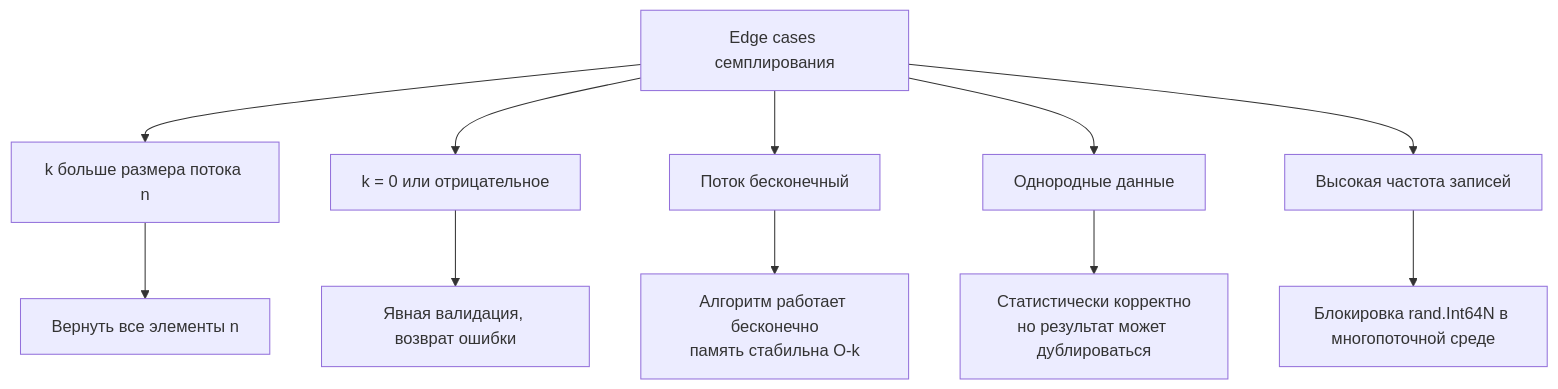
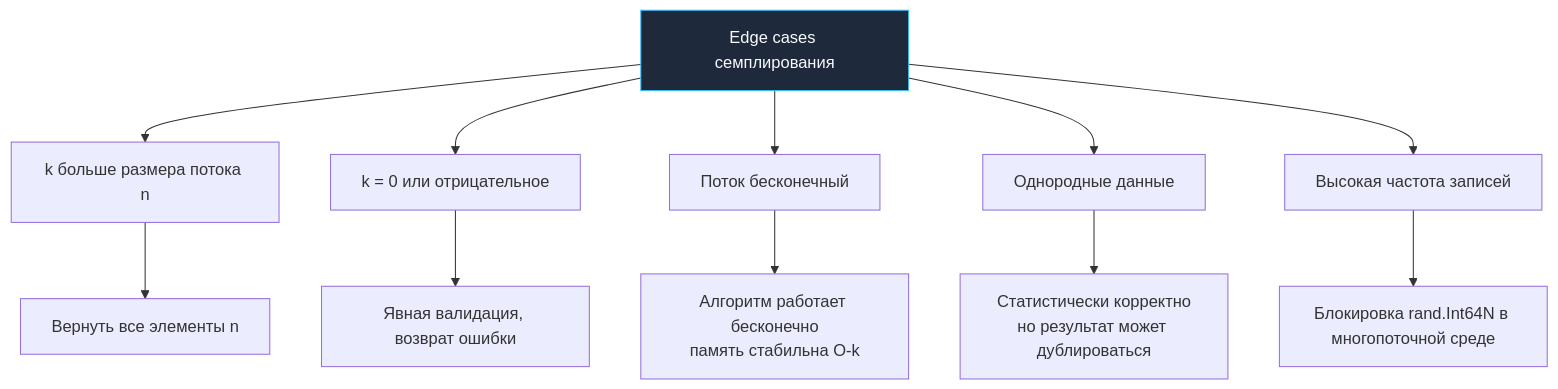
One commit to UnrealTemplier/go-textbook changed the second of 2 diagrams in sources/21. Задачи с LeetCode и собеседований на Go/02. Задачи/27. Рандомизированные алгоритмы/2. Reservoir sampling.md. Above: the diagram before and after it, drawn with Mermaid. The commit also changed other lines of this file and 1666 other files, not shown here.

First line of the commit message:
feat(mermaid): add semantic color classDef to 1369 colorless flowchart/graph diagrams

````diff
--- a/sources/21. Задачи с LeetCode и собеседований на Go/02. Задачи/27. Рандомизированные алгоритмы/2. Reservoir sampling.md
+++ b/sources/21. Задачи с LeetCode и собеседований на Go/02. Задачи/27. Рандомизированные алгоритмы/2. Reservoir sampling.md
@@ -140,14 +150,24 @@
 ```mermaid
 flowchart TD
-  A["Edge cases семплирования"] --> B["k больше размера потока n"]
+    classDef process  fill:#1e293b,stroke:#38bdf8,stroke-width:1px,color:#f8fafc
+    classDef success  fill:#064e3b,stroke:#34d399,stroke-width:1px,color:#f8fafc
+    classDef error    fill:#7f1d1d,stroke:#f87171,stroke-width:1px,color:#f8fafc
+    classDef warning  fill:#78350f,stroke:#fbbf24,stroke-width:1px,color:#f8fafc
+    classDef entry    fill:#1e3a5f,stroke:#38bdf8,stroke-width:2px,color:#f8fafc
+    classDef aux      fill:#334155,stroke:#64748b,stroke-width:1px,color:#f8fafc
+    classDef system   fill:#312e81,stroke:#a78bfa,stroke-width:1px,color:#f8fafc
+    classDef data     fill:#132d29,stroke:#2dd4bf,stroke-width:1px,color:#f8fafc
+    classDef network  fill:#881337,stroke:#fb7185,stroke-width:1px,color:#f8fafc
+    classDef accent   fill:#1e1b4b,stroke:#818cf8,stroke-width:1px,color:#f8fafc
+  A["Edge cases семплирования"]:::process --> B["k больше размера потока n"]
   A --> C["k = 0 или отрицательное"]
   A --> D["Поток бесконечный"]
   A --> E["Однородные данные"]
   A --> F["Высокая частота записей"]
   
   B --> G["Вернуть все элементы n"]
   C --> H["Явная валидация, возврат ошибки"]
   D --> I["Алгоритм работает бесконечно<br>память стабильна O-k"]
   E --> J["Статистически корректно<br>но результат может дублироваться"]
   F --> K["Блокировка rand.Int64N в многопоточной среде"]
 ```
````
